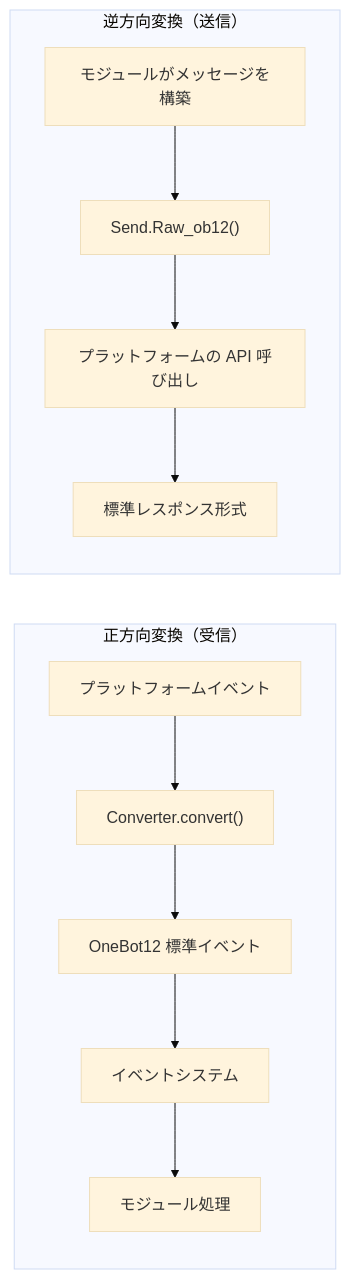
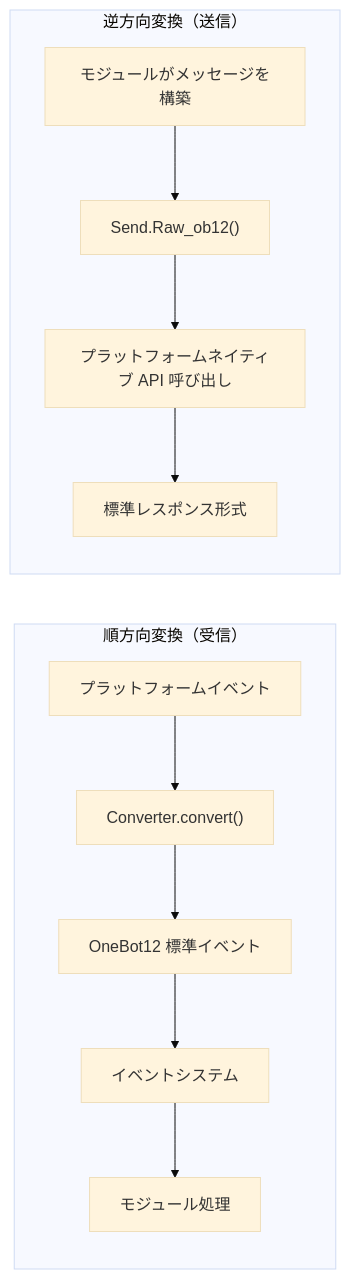
Before and after one commit to ErisPulse/ErisPulse: the diagram in docs/ja/developer-guide/adapters/getting-started.md, drawn with Mermaid (base theme). The commit also changed other lines of this file and 331 other files, not shown here.

````diff
--- a/docs/ja/developer-guide/adapters/getting-started.md
+++ b/docs/ja/developer-guide/adapters/getting-started.md
@@ -21,11 +21,11 @@
 ```mermaid
 flowchart LR
-    subgraph receive["正方向変換（受信）"]
+    subgraph receive["順方向変換（受信）"]
         direction TB
         P1["プラットフォームイベント"] --> C1["Converter.convert()"] --> O1["OneBot12 標準イベント"] --> S1["イベントシステム"] --> M1["モジュール処理"]
     end
     subgraph send["逆方向変換（送信）"]
         direction TB
-        M2["モジュールがメッセージを構築"] --> R1["Send.Raw_ob12()"] --> N1["プラットフォームの API 呼び出し"] --> R2["標準レスポンス形式"]
+        M2["モジュールがメッセージを構築"] --> R1["Send.Raw_ob12()"] --> N1["プラットフォームネイティブ API 呼び出し"] --> R2["標準レスポンス形式"]
     end
 ```
````
